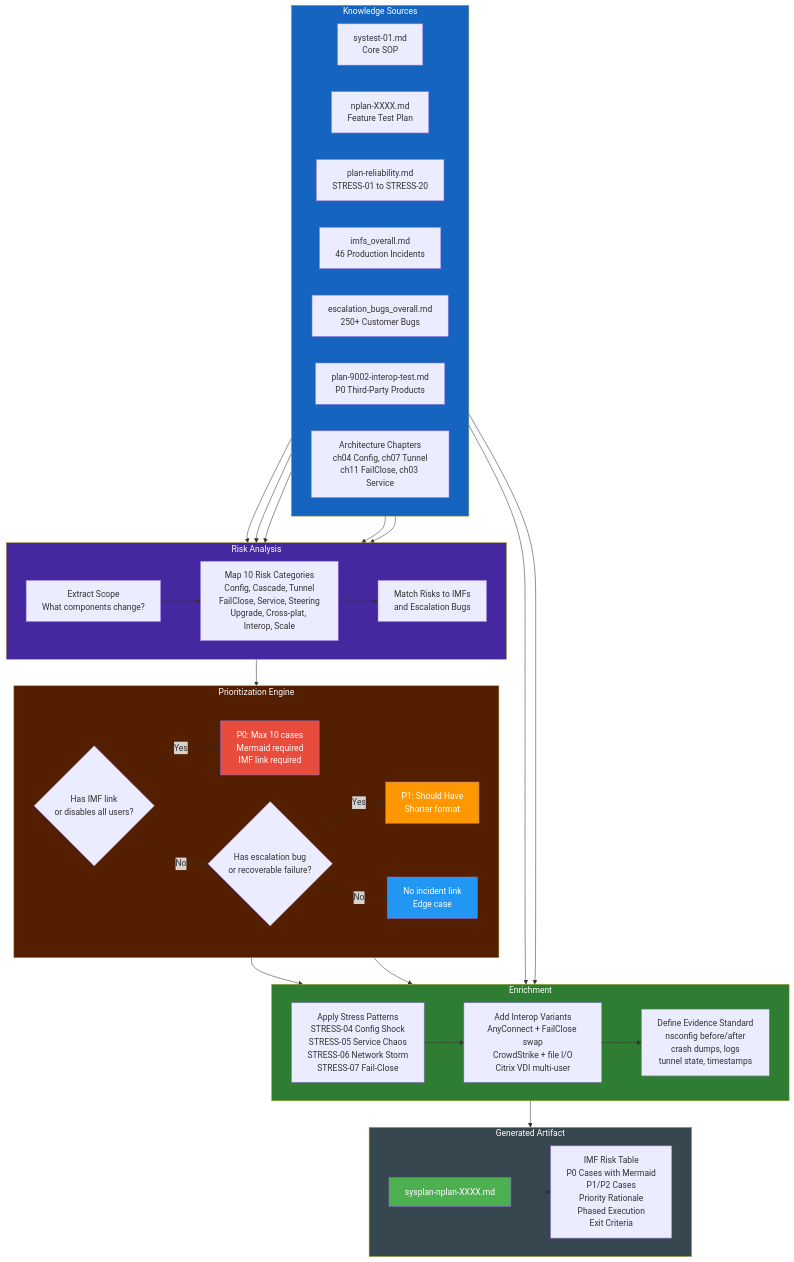
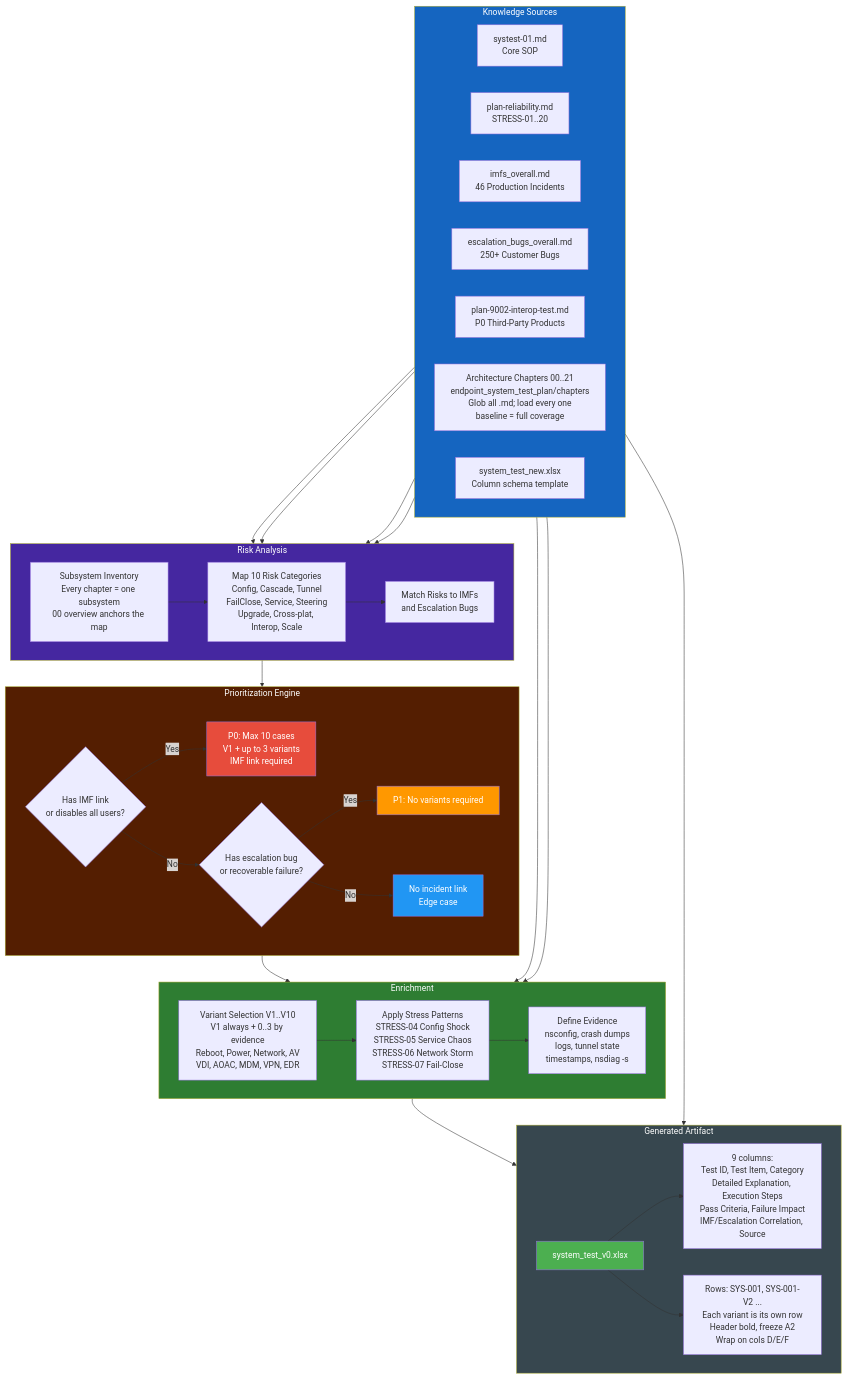
The diagram in workflow/sys-test-plan-flow.md (ns-acheng/endpoint-system-test-resource), drawn with Mermaid before and after one commit. The commit also changed other lines of this file and 3 other files, not shown here.

````diff
--- a/workflow/sys-test-plan-flow.md
+++ b/workflow/sys-test-plan-flow.md
@@ -15,80 +15,80 @@
 ```mermaid
 flowchart TB
     %% === SOURCE LAYER ===
     subgraph SOURCES[Knowledge Sources]
         direction LR
         SOP[systest-01.md<br/>Core SOP]
-        NPLAN[nplan-XXXX.md<br/>Feature Test Plan]
-        RELIABILITY[plan-reliability.md<br/>STRESS-01 to STRESS-20]
+        RELIABILITY[plan-reliability.md<br/>STRESS-01..20]
         IMF[imfs_overall.md<br/>46 Production Incidents]
         BUGS[escalation_bugs_overall.md<br/>250+ Customer Bugs]
         INTEROP[plan-9002-interop-test.md<br/>P0 Third-Party Products]
-        ARCH[Architecture Chapters<br/>ch04 Config, ch07 Tunnel<br/>ch11 FailClose, ch03 Service]
+        ARCH[Architecture Chapters 00..21<br/>endpoint_system_test_plan/chapters<br/>Glob all .md; load every one<br/>baseline = full coverage]
+        TEMPLATE[system_test_new.xlsx<br/>Column schema template]
     end
 
     %% === ANALYSIS LAYER ===
     subgraph ANALYSIS[Risk Analysis]
         direction LR
-        SCOPE[Extract Scope<br/>What components change?]
+        SUBSYS[Subsystem Inventory<br/>Every chapter = one subsystem<br/>00 overview anchors the map]
         RISK[Map 10 Risk Categories<br/>Config, Cascade, Tunnel<br/>FailClose, Service, Steering<br/>Upgrade, Cross-plat, Interop, Scale]
         MATCH[Match Risks to IMFs<br/>and Escalation Bugs]
     end
 
     %% === PRIORITIZATION LAYER ===
     subgraph PRIORITY[Prioritization Engine]
         direction LR
         P0_RULE{Has IMF link<br/>or disables all users?}
         P1_RULE{Has escalation bug<br/>or recoverable failure?}
         P2_RULE[No incident link<br/>Edge case]
-        P0_RULE -->|Yes| P0[P0: Max 10 cases<br/>Mermaid required<br/>IMF link required]
+        P0_RULE -->|Yes| P0[P0: Max 10 cases<br/>V1 + up to 3 variants<br/>IMF link required]
         P0_RULE -->|No| P1_RULE
-        P1_RULE -->|Yes| P1[P1: Should Have<br/>Shorter format]
+        P1_RULE -->|Yes| P1[P1: No variants required]
         P1_RULE -->|No| P2_RULE
     end
 
     %% === ENRICHMENT LAYER ===
     subgraph ENRICH[Enrichment]
         direction LR
+        VARIANT[Variant Selection V1..V10<br/>V1 always + 0..3 by evidence<br/>Reboot, Power, Network, AV<br/>VDI, AOAC, MDM, VPN, EDR]
         STRESS[Apply Stress Patterns<br/>STRESS-04 Config Shock<br/>STRESS-05 Service Chaos<br/>STRESS-06 Network Storm<br/>STRESS-07 Fail-Close]
-        INTEROP_ADD[Add Interop Variants<br/>AnyConnect + FailClose swap<br/>CrowdStrike + file I/O<br/>Citrix VDI multi-user]
-        EVIDENCE[Define Evidence Standard<br/>nsconfig before/after<br/>crash dumps, logs<br/>tunnel state, timestamps]
+        EVIDENCE[Define Evidence<br/>nsconfig, crash dumps<br/>logs, tunnel state<br/>timestamps, nsdiag -s]
     end
 
     %% === OUTPUT LAYER ===
     subgraph OUTPUT[Generated Artifact]
         direction LR
-        PLAN[sysplan-nplan-XXXX.md]
-        PLAN --> SECTIONS[IMF Risk Table<br/>P0 Cases with Mermaid<br/>P1/P2 Cases<br/>Priority Rationale<br/>Phased Execution<br/>Exit Criteria]
+        XLSX[system_test_v0.xlsx]
+        XLSX --> COLS[9 columns:<br/>Test ID, Test Item, Category<br/>Detailed Explanation, Execution Steps<br/>Pass Criteria, Failure Impact<br/>IMF/Escalation Correlation, Source]
+        XLSX --> ROWS[Rows: SYS-001, SYS-001-V2 ...<br/>Each variant is its own row<br/>Header bold, freeze A2<br/>Wrap on cols D/E/F]
     end
 
     %% === CONNECTIONS ===
-    SOP --> SCOPE
-    NPLAN --> SCOPE
-    ARCH --> RISK
-    SCOPE --> RISK
+    SOP --> SUBSYS
+    ARCH --> SUBSYS
+    SUBSYS --> RISK
     IMF --> MATCH
     BUGS --> MATCH
     RISK --> MATCH
 
     MATCH --> P0_RULE
 
     RELIABILITY --> STRESS
-    INTEROP --> INTEROP_ADD
-    P0 --> STRESS
-    P1 --> STRESS
-    STRESS --> INTEROP_ADD
-    INTEROP_ADD --> EVIDENCE
+    INTEROP --> VARIANT
+    P0 --> VARIANT
+    VARIANT --> STRESS
+    STRESS --> EVIDENCE
 
-    EVIDENCE --> PLAN
+    TEMPLATE --> XLSX
+    EVIDENCE --> XLSX
 
     %% === STYLES ===
     style SOURCES fill:#1565C0,color:#fff
     style ANALYSIS fill:#4527A0,color:#fff
     style PRIORITY fill:#541E01,color:#fff
     style ENRICH fill:#2E7D32,color:#fff
     style OUTPUT fill:#37474F,color:#fff
     style P0 fill:#e74c3c,color:#fff
     style P1 fill:#FF9800,color:#fff
     style P2_RULE fill:#2196F3,color:#fff
-    style PLAN fill:#4CAF50,color:#fff
+    style XLSX fill:#4CAF50,color:#fff
 ```
````
